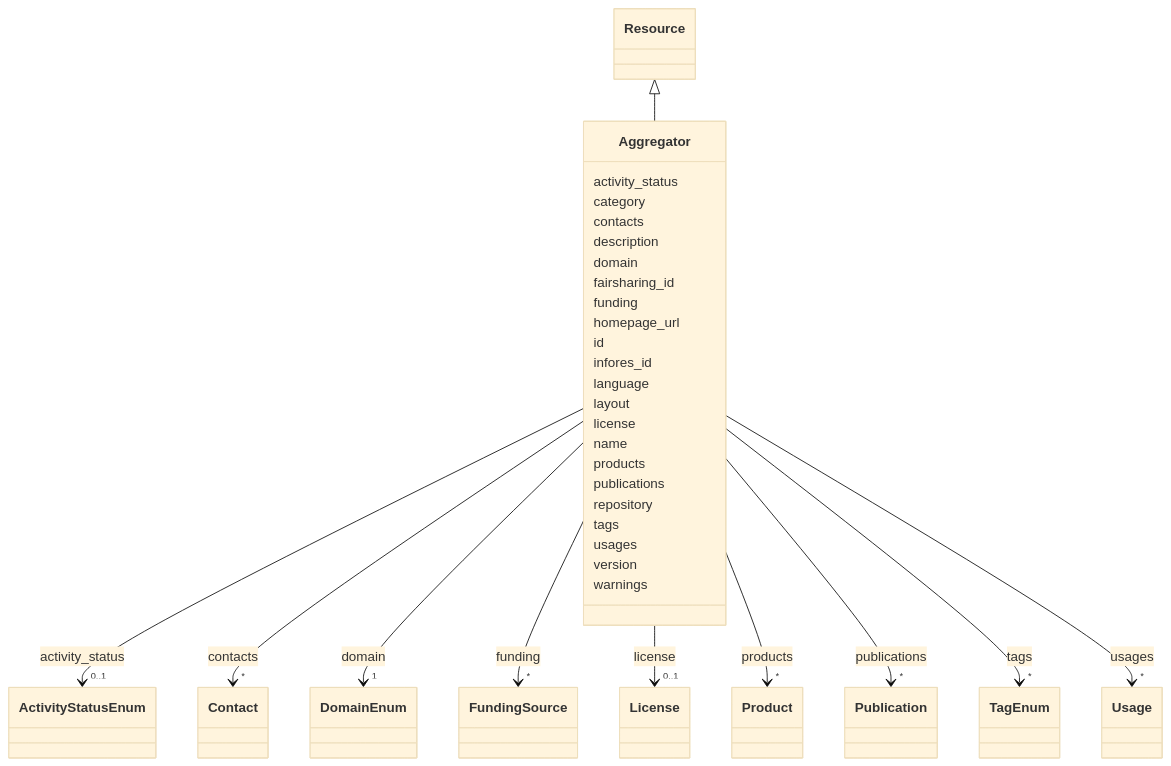
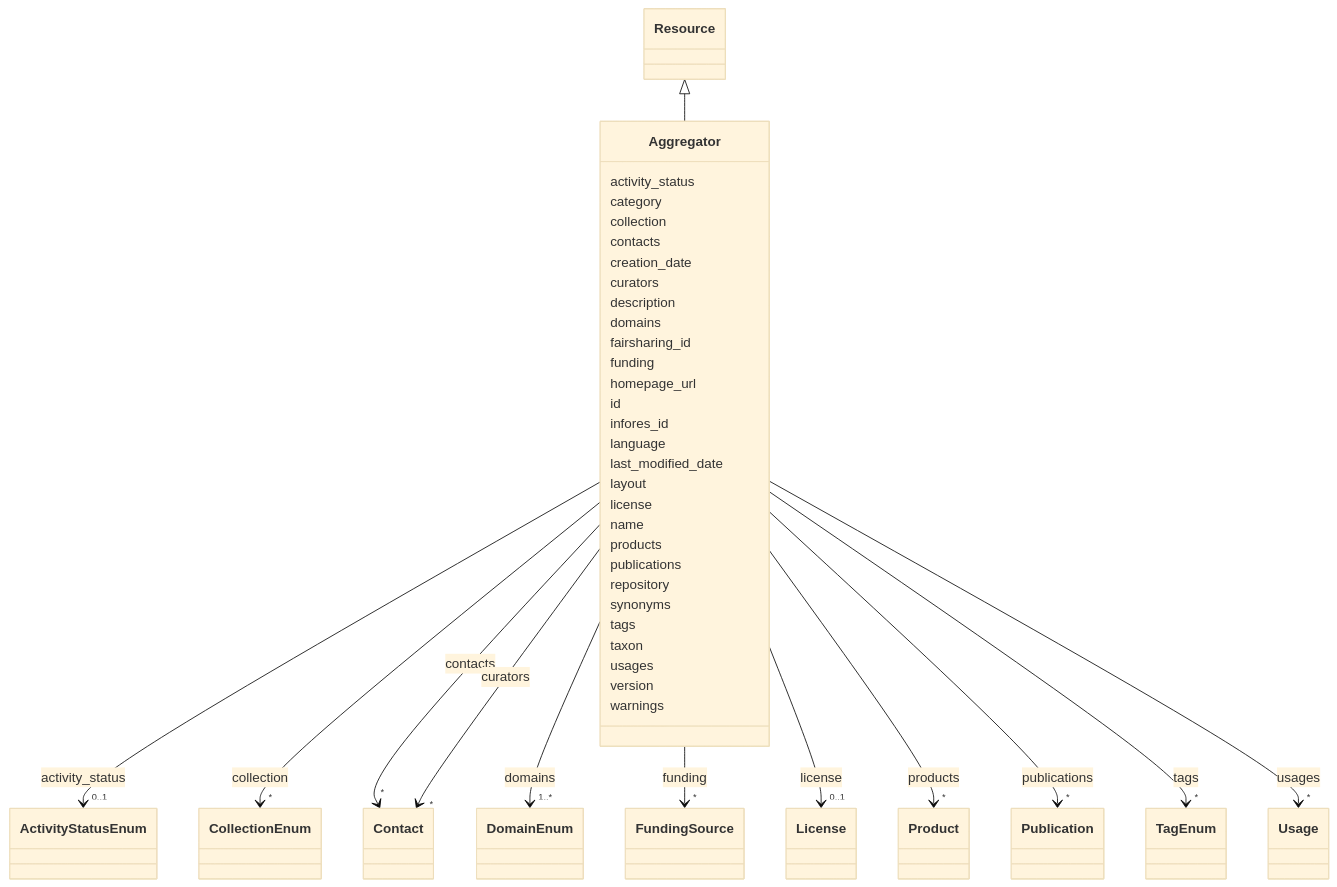
Before and after one commit to Knowledge-Graph-Hub/kg-registry: the diagram in docs/schema/Aggregator.md, drawn with Mermaid (base theme). The commit also changed other lines of this file and 141 other files, not shown here.

````diff
--- a/docs/schema/Aggregator.md
+++ b/docs/schema/Aggregator.md
@@ -24,114 +23,162 @@
 ```mermaid
  classDiagram
     class Aggregator
-    click Aggregator href "Aggregator.html"
+    click Aggregator href "Aggregator/.html"
       Resource <|-- Aggregator
-        click Resource href "Resource.html"
-      
+        click Resource href "Resource/.html"
+
       Aggregator : activity_status
-        
-          
-    
-    
-    Aggregator --> "0..1" ActivityStatusEnum : activity_status
-    click ActivityStatusEnum href "ActivityStatusEnum.html"
 
-        
+
+
+
+
+        Aggregator --> "0..1" ActivityStatusEnum : activity_status
+        click ActivityStatusEnum href "ActivityStatusEnum/.html"
+
+
+
       Aggregator : category
-        
+
+      Aggregator : collection
+
+
+
+
+
+        Aggregator --> "*" CollectionEnum : collection
+        click CollectionEnum href "CollectionEnum/.html"
+
+
+
       Aggregator : contacts
-        
-          
-    
-    
-    Aggregator --> "*" Contact : contacts
-    click Contact href "Contact.html"
 
-        
+
+
+
+
+        Aggregator --> "*" Contact : contacts
+        click Contact href "Contact/.html"
+
+
+
+      Aggregator : creation_date
+
+      Aggregator : curators
+
+
+
+
+
+        Aggregator --> "*" Contact : curators
+        click Contact href "Contact/.html"
+
+
+
       Aggregator : description
-        
-      Aggregator : domain
-        
-          
-    
-    
-    Aggregator --> "1" DomainEnum : domain
-    click DomainEnum href "DomainEnum.html"
 
-        
+      Aggregator : domains
+
+
+
+
+
+        Aggregator --> "1..*" DomainEnum : domains
+        click DomainEnum href "DomainEnum/.html"
+
+
+
       Aggregator : fairsharing_id
-        
+
       Aggregator : funding
-        
-          
-    
-    
-    Aggregator --> "*" FundingSource : funding
-    click FundingSource href "FundingSource.html"
 
-        
+
+
+
+
+        Aggregator --> "*" FundingSource : funding
+        click FundingSource href "FundingSource/.html"
+
+
+
       Aggregator : homepage_url
-        
+
       Aggregator : id
-        
+
       Aggregator : infores_id
-        
+
       Aggregator : language
-        
+
+      Aggregator : last_modified_date
+
       Aggregator : layout
-        
+
       Aggregator : license
-        
-          
-    
-    
-    Aggregator --> "0..1" License : license
-    click License href "License.html"
 
-        
+
+
+
+
+        Aggregator --> "0..1" License : license
+        click License href "License/.html"
+
+
+
       Aggregator : name
-        
+
       Aggregator : products
-        
-          
-    
-    
-    Aggregator --> "*" Product : products
-    click Product href "Product.html"
 
-        
+
+
+
+
+        Aggregator --> "*" Product : products
+        click Product href "Product/.html"
+
+
+
       Aggregator : publications
-        
-          
-    
-    
-    Aggregator --> "*" Publication : publications
-    click Publication href "Publication.html"
 
-        
+
+
+
+
+        Aggregator --> "*" Publication : publications
+        click Publication href "Publication/.html"
+
+
+
       Aggregator : repository
-        
+
+      Aggregator : synonyms
+
       Aggregator : tags
-        
-          
-    
-    
-    Aggregator --> "*" TagEnum : tags
-    click TagEnum href "TagEnum.html"
 
-        
+
+
+
+
+        Aggregator --> "*" TagEnum : tags
+        click TagEnum href "TagEnum/.html"
+
+
+
+      Aggregator : taxon
+
       Aggregator : usages
-        
-          
-    
-    
-    Aggregator --> "*" Usage : usages
-    click Usage href "Usage.html"
 
-        
+
+
+
+
+        Aggregator --> "*" Usage : usages
+        click Usage href "Usage/.html"
+
+
+
       Aggregator : version
-        
+
       Aggregator : warnings
-        
-      
+
+
 ```
````
